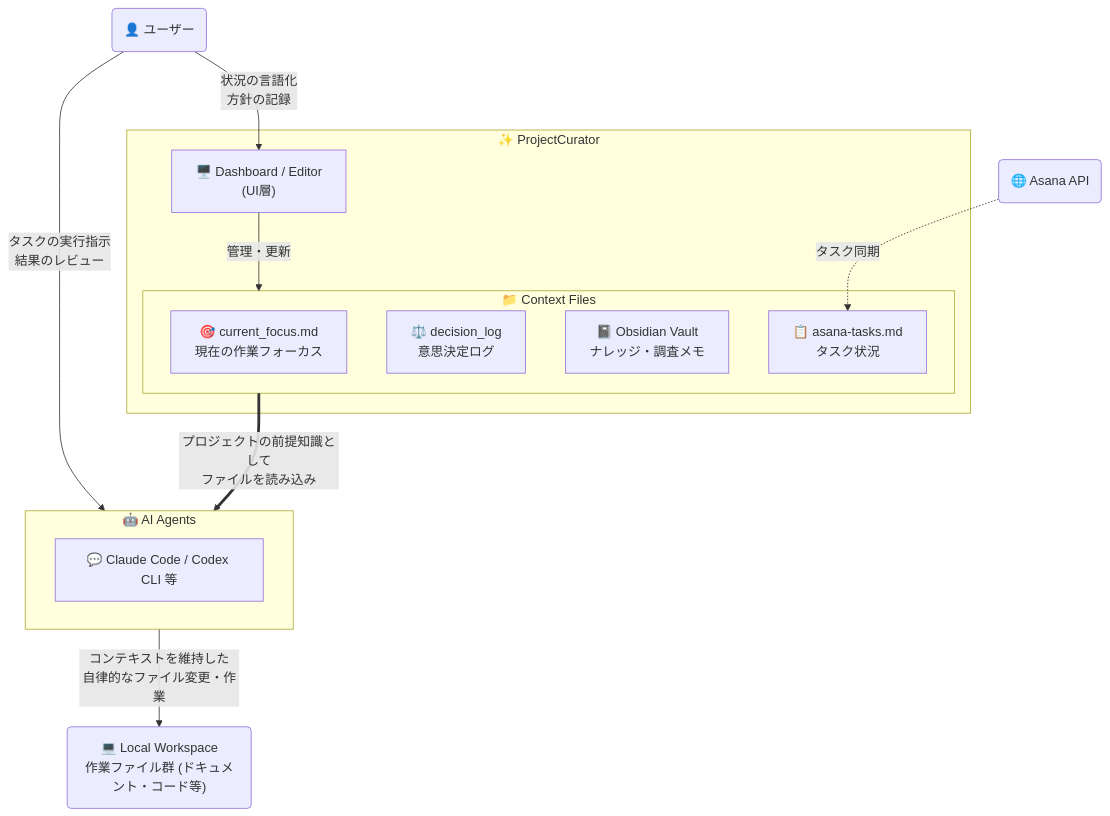
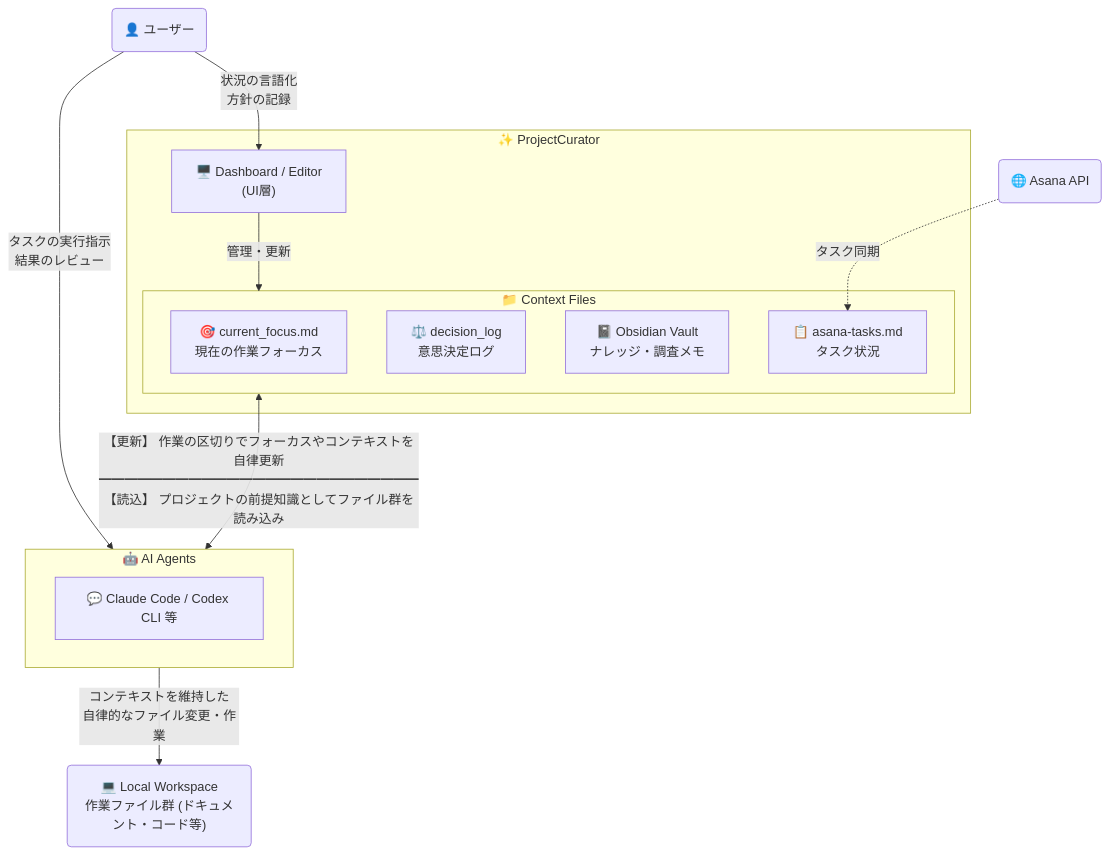
Before and after one commit to yt3trees/ProjectCurator: the diagram in README-ja.md, drawn with Mermaid. The commit also changed 1 other file, not shown here.

Commit message:
docs: clarify context read and write flow in diagram

````diff
--- a/README-ja.md
+++ b/README-ja.md
@@ -10,36 +10,36 @@
 ```mermaid
 flowchart TD
     User("👤 ユーザー")
 
     %% ProjectCurator (コンテキスト管理)
     subgraph PC ["✨ ProjectCurator"]
         UI["🖥️ Dashboard / Editor<br>(UI層)"]
         
         subgraph MD ["📁 Context Files"]
             F1["🎯 current_focus.md<br>現在の作業フォーカス"]
             F2["⚖️ decision_log<br>意思決定ログ"]
             F4["📓 Obsidian Vault<br>ナレッジ・調査メモ"]
             F3["📋 asana-tasks.md<br>タスク状況"]
         end
         
         UI -->|管理・更新| MD
     end
 
     %% AIエージェントと対象ワークスペース
     subgraph AI ["🤖 AI Agents"]
         AgentList["💬 Claude Code / Codex CLI 等"]
     end
 
     Asana("🌐 Asana API")
     Workspace("💻 Local Workspace<br>作業ファイル群 (ドキュメント・コード等)")
 
     %% ワークフロー
     User -->|タスクの実行指示<br>結果のレビュー| AI
     User -->|状況の言語化<br>方針の記録| UI
     
     Asana -.->|タスク同期| F3
     
-    MD ==>|プロジェクトの前提知識として<br>ファイルを読み込み| AI
+    MD <-->|【更新】 作業の区切りでフォーカスやコンテキストを自律更新<br>━━━━━━━━━━━━━━━━━━━━━━━━━<br>【読込】 プロジェクトの前提知識としてファイル群を読み込み| AI
     
     AI -->|コンテキストを維持した<br>自律的なファイル変更・作業| Workspace
 ```
````
